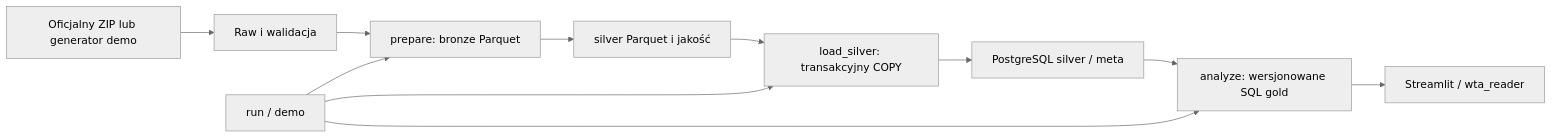
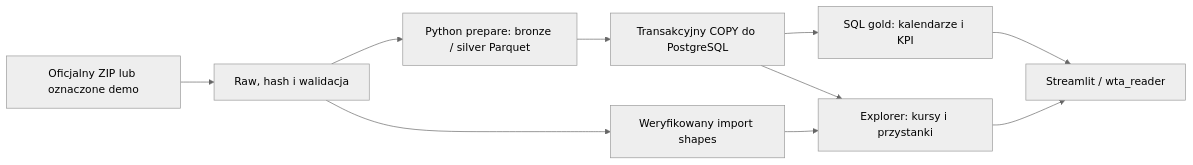
Before and after one commit to playson92/wroclaw-transit-analytics: the diagram in docs/portfolio-case-study.md, drawn with Mermaid (neutral theme). The commit also changed other lines of this file and 24 other files, not shown here.

````diff
--- a/docs/portfolio-case-study.md
+++ b/docs/portfolio-case-study.md
@@ -6,13 +15,12 @@
 ```mermaid
 flowchart LR
-  A[Oficjalny ZIP lub generator demo] --> B[Raw i walidacja]
-  B --> C[prepare: bronze Parquet]
-  C --> D[silver Parquet i jakość]
-  D --> E[load_silver: transakcyjny COPY]
-  E --> F[PostgreSQL silver / meta]
-  F --> G[analyze: wersjonowane SQL gold]
-  G --> H[Streamlit / wta_reader]
-  I[run / demo] --> C
-  I --> E
-  I --> G
+  A[Oficjalny ZIP lub oznaczone demo] --> B[Raw, hash i walidacja]
+  B --> C[Python prepare: bronze / silver Parquet]
+  C --> D[Transakcyjny COPY do PostgreSQL]
+  D --> E[SQL gold: kalendarze i KPI]
+  D --> F[Explorer: kursy i przystanki]
+  B --> G[Weryfikowany import shapes]
+  G --> F
+  E --> H[Streamlit / wta_reader]
+  F --> H
 ```
````
